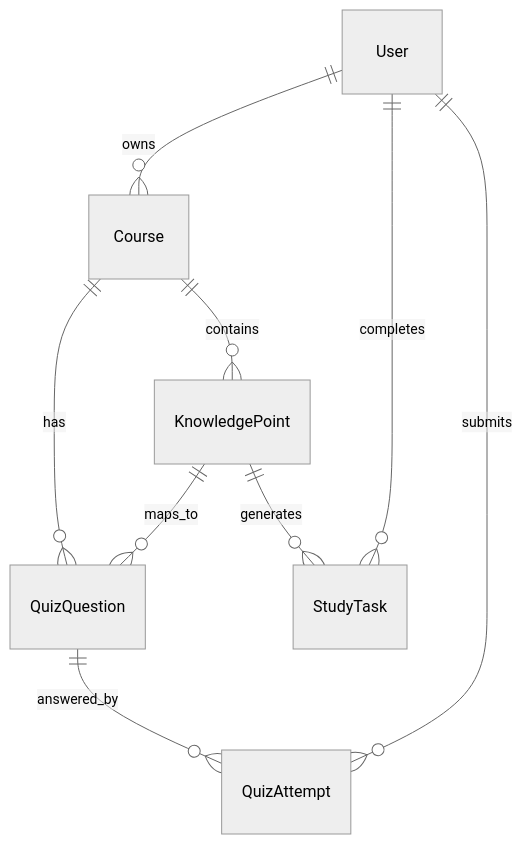
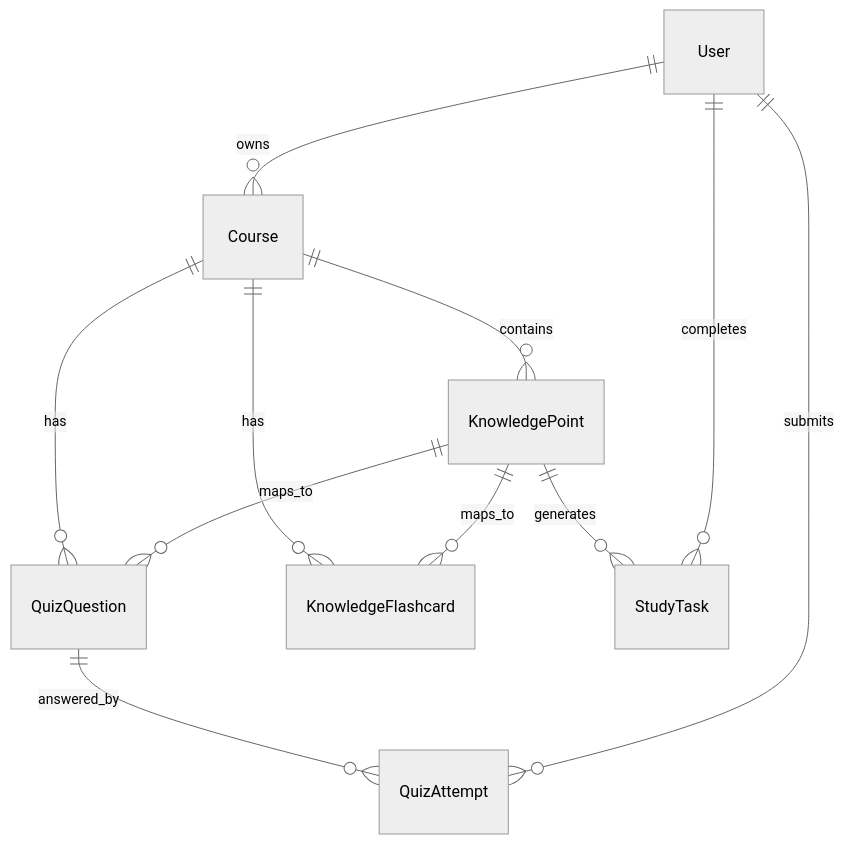
Before and after one commit to Jeffhan789/FinalPilot: the diagram in docs/05_数据模型与题库规划.md, drawn with Mermaid (neutral theme). The commit also changed other lines of this file and 20 other files, not shown here.

````diff
--- a/docs/05_数据模型与题库规划.md
+++ b/docs/05_数据模型与题库规划.md
@@ -123,11 +164,13 @@
 ```mermaid
 erDiagram
     User ||--o{ Course : owns
     Course ||--o{ KnowledgePoint : contains
     Course ||--o{ QuizQuestion : has
+    Course ||--o{ KnowledgeFlashcard : has
     KnowledgePoint ||--o{ StudyTask : generates
     KnowledgePoint ||--o{ QuizQuestion : maps_to
+    KnowledgePoint ||--o{ KnowledgeFlashcard : maps_to
     QuizQuestion ||--o{ QuizAttempt : answered_by
     User ||--o{ StudyTask : completes
     User ||--o{ QuizAttempt : submits
 ```
````
